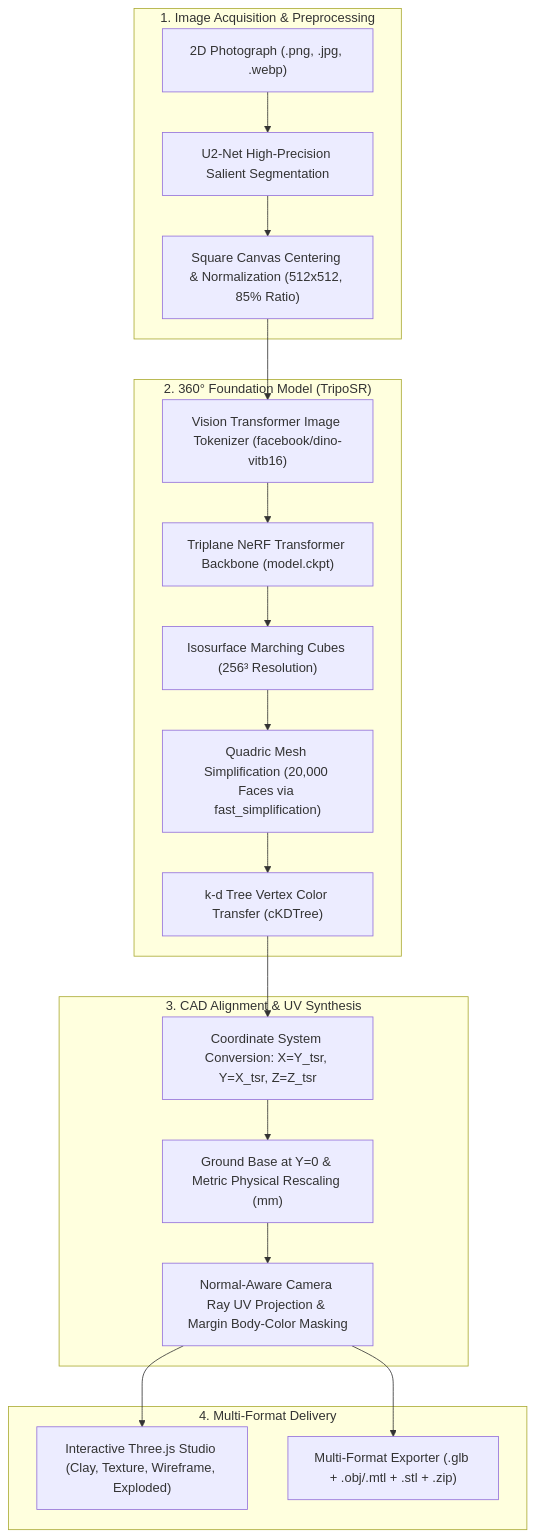
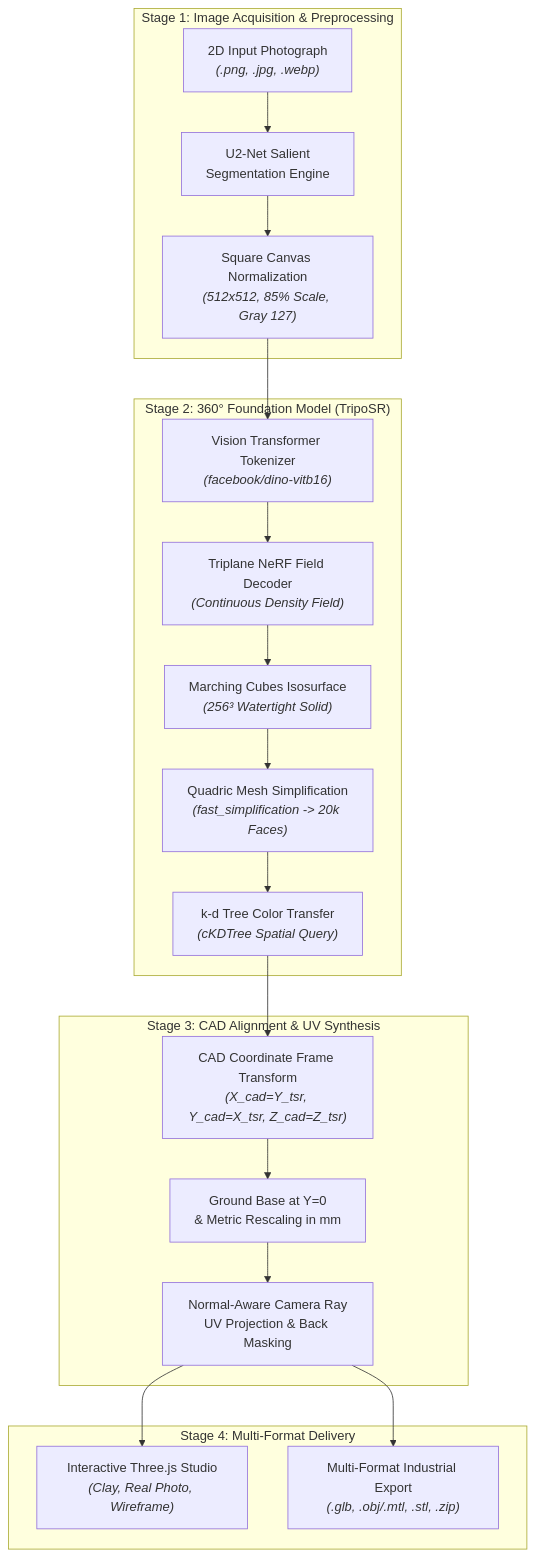
Before and after one commit to DienKiku/single-image-3d-recon: the diagram in README.md, drawn with Mermaid. The commit also changed other lines of this file and 2 other files, not shown here.

Commit message:
docs: redraw system architecture with high-res diagram and non-clipping multi-line flowchart

````diff
--- a/README.md
+++ b/README.md
@@ -84,26 +92,26 @@
 ```mermaid
 flowchart TD
-    subgraph Input ["1. Image Acquisition & Preprocessing"]
-        A["2D Photograph (.png, .jpg, .webp)"] --> B["U2-Net High-Precision Salient Segmentation"]
-        B --> C["Square Canvas Centering & Normalization (512x512, 85% Ratio)"]
+    subgraph S1 ["Stage 1: Image Acquisition & Preprocessing"]
+        A["2D Input Photograph<br/><i>(.png, .jpg, .webp)</i>"] --> B["U2-Net Salient<br/>Segmentation Engine"]
+        B --> C["Square Canvas Normalization<br/><i>(512x512, 85% Scale, Gray 127)</i>"]
     end
 
-    subgraph FoundationModel ["2. 360° Foundation Model (TripoSR)"]
-        C --> D["Vision Transformer Image Tokenizer (facebook/dino-vitb16)"]
-        D --> E["Triplane NeRF Transformer Backbone (model.ckpt)"]
-        E --> F["Isosurface Marching Cubes (256³ Resolution)"]
-        F --> G["Quadric Mesh Simplification (20,000 Faces via fast_simplification)"]
-        G --> H["k-d Tree Vertex Color Transfer (cKDTree)"]
+    subgraph S2 ["Stage 2: 360° Foundation Model (TripoSR)"]
+        C --> D["Vision Transformer Tokenizer<br/><i>(facebook/dino-vitb16)</i>"]
+        D --> E["Triplane NeRF Field Decoder<br/><i>(Continuous Density Field)</i>"]
+        E --> F["Marching Cubes Isosurface<br/><i>(256³ Watertight Solid)</i>"]
+        F --> G["Quadric Mesh Simplification<br/><i>(fast_simplification -> 20k Faces)</i>"]
+        G --> H["k-d Tree Color Transfer<br/><i>(cKDTree Spatial Query)</i>"]
     end
 
-    subgraph Alignment ["3. CAD Alignment & UV Synthesis"]
-        H --> I["Coordinate System Conversion: X=Y_tsr, Y=X_tsr, Z=Z_tsr"]
-        I --> J["Ground Base at Y=0 & Metric Physical Rescaling (mm)"]
-        J --> K["Normal-Aware Camera Ray UV Projection & Margin Body-Color Masking"]
+    subgraph S3 ["Stage 3: CAD Alignment & UV Synthesis"]
+        H --> I["CAD Coordinate Frame Transform<br/><i>(X_cad=Y_tsr, Y_cad=X_tsr, Z_cad=Z_tsr)</i>"]
+        I --> J["Ground Base at Y=0<br/>& Metric Rescaling in mm"]
+        J --> K["Normal-Aware Camera Ray<br/>UV Projection & Back Masking"]
     end
 
-    subgraph Output ["4. Multi-Format Delivery"]
-        K --> L["Interactive Three.js Studio (Clay, Texture, Wireframe, Exploded)"]
-        K --> M["Multi-Format Exporter (.glb + .obj/.mtl + .stl + .zip)"]
+    subgraph S4 ["Stage 4: Multi-Format Delivery"]
+        K --> L["Interactive Three.js Studio<br/><i>(Clay, Real Photo, Wireframe)</i>"]
+        K --> M["Multi-Format Industrial Export<br/><i>(.glb, .obj/.mtl, .stl, .zip)</i>"]
     end
 ```
````
